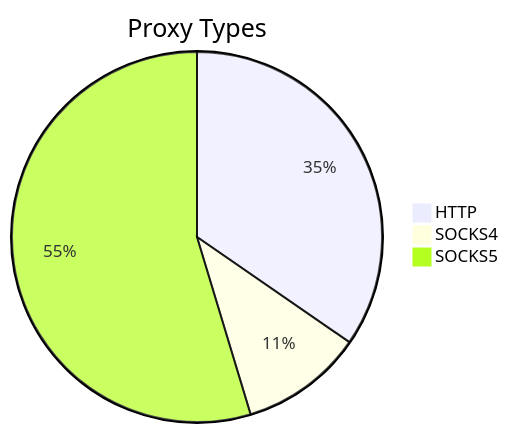
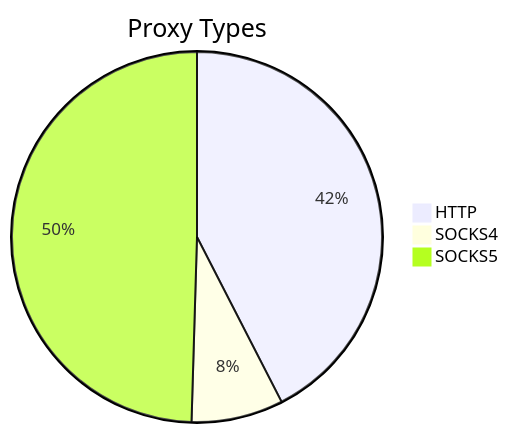
Before and after one commit to stormsia/proxy-list: the first of 2 diagrams in README.md, drawn with Mermaid. The commit also changed other lines of this file, not shown here.

````diff
--- a/README.md
+++ b/README.md
@@ -21,6 +21,6 @@
 ```mermaid
 pie title Proxy Types
-    "HTTP" : 126
-    "SOCKS4" : 39
-    "SOCKS5" : 199
+    "HTTP" : 90
+    "SOCKS4" : 17
+    "SOCKS5" : 105
 ```
````
